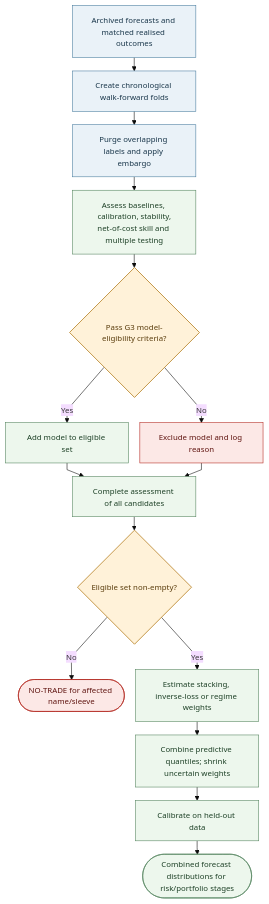
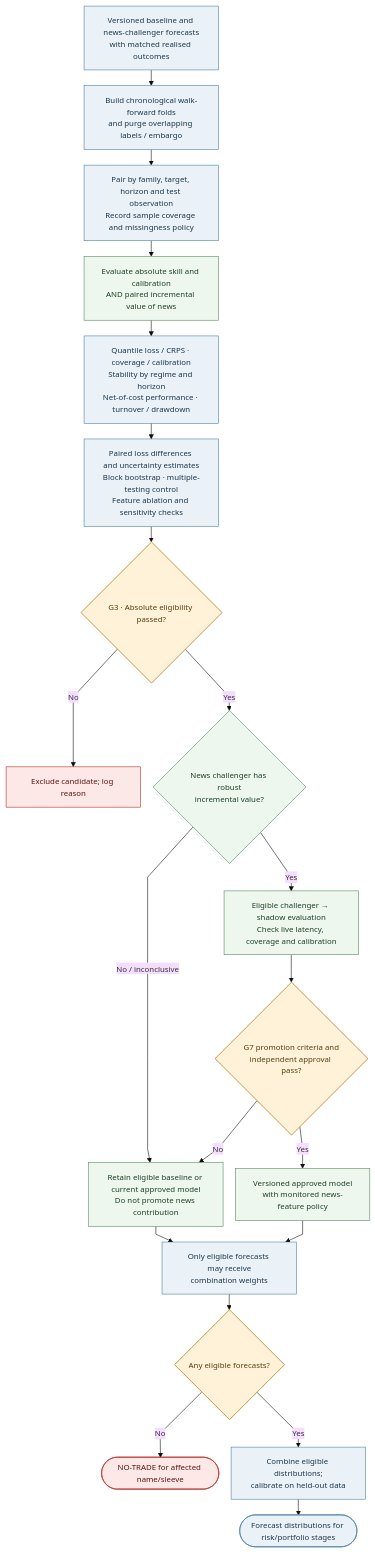
Diagram 12 of 17 in docs/AQP OVERVIEW.md (dannysilverio6-creator/AQP---LSEG), drawn with Mermaid before and after one commit. The commit also changed other lines of this file, not shown here.

````diff
--- a/docs/AQP OVERVIEW.md
+++ b/docs/AQP OVERVIEW.md
@@ -584,26 +833,31 @@
 ```mermaid
-%%{init: {"theme": "base", "flowchart": {"nodeSpacing": 20, "rankSpacing": 24, "wrappingWidth": 160, "diagramPadding": 24, "curve": "linear"}, "themeVariables": {"fontSize": "14px"}}}%%
+%%{init: {"theme": "base", "flowchart": {"nodeSpacing": 22, "rankSpacing": 28, "wrappingWidth": 180, "diagramPadding": 18, "curve": "linear"}, "themeVariables": {"fontSize": "14px"}}}%%
 flowchart TB
-    A[Archived forecasts and matched realised outcomes] --> B[Create chronological walk-forward folds]
-    B --> C[Purge overlapping labels and apply embargo]
-    C --> D["Assess baselines, calibration, stability,<br/>net-of-cost skill and multiple testing"]
-    D --> E{Pass G3 model-eligibility criteria?}
-    E -->|No| X[Exclude model and log reason]
-    E -->|Yes| F[Add model to eligible set]
-    F --> G[Complete assessment of all candidates]
-    X --> G
-    G --> H{Eligible set non-empty?}
-    H -->|No| N([NO-TRADE for affected name/sleeve])
-    H -->|Yes| I[Estimate stacking, inverse-loss or regime weights]
-    I --> J[Combine predictive quantiles; shrink uncertain weights]
-    J --> K[Calibrate on held-out data]
-    K --> L([Combined forecast distributions for risk/portfolio stages])
+    A["Versioned baseline and news-challenger forecasts<br/>with matched realised outcomes"] --> B["Build chronological walk-forward folds<br/>and purge overlapping labels / embargo"]
+    B --> C["Pair by family, target, horizon and test observation<br/>Record sample coverage and missingness policy"]
+    C --> D["Evaluate absolute skill and calibration<br/>AND paired incremental value of news"]
+    D --> E["Quantile loss / CRPS · coverage / calibration<br/>Stability by regime and horizon<br/>Net-of-cost performance · turnover / drawdown"]
+    E --> F["Paired loss differences and uncertainty estimates<br/>Block bootstrap · multiple-testing control<br/>Feature ablation and sensitivity checks"]
+    F --> G{G3 · Absolute eligibility passed?}
+    G -->|No| X["Exclude candidate; log reason"]
+    G -->|Yes| H{News challenger has robust<br/>incremental value?}
+    H -->|No / inconclusive| I["Retain eligible baseline or current approved model<br/>Do not promote news contribution"]
+    H -->|Yes| J["Eligible challenger → shadow evaluation<br/>Check live latency, coverage and calibration"]
+    J --> K{G7 promotion criteria and<br/>independent approval pass?}
+    K -->|No| I
+    K -->|Yes| L["Versioned approved model<br/>with monitored news-feature policy"]
+    I --> M["Only eligible forecasts may receive<br/>combination weights"]
+    L --> M
+    M --> N{Any eligible forecasts?}
+    N -->|No| O([NO-TRADE for affected name/sleeve])
+    N -->|Yes| P["Combine eligible distributions;<br/>calibrate on held-out data"]
+    P --> Q([Forecast distributions for risk/portfolio stages])
     classDef data fill:#eaf2f8,stroke:#477b9e,color:#19364a;
     classDef model fill:#edf7ed,stroke:#54845e,color:#1d4026;
     classDef gate fill:#fff2d9,stroke:#b9862b,color:#593c0c,stroke-width:1.5px;
     classDef stop fill:#fce8e6,stroke:#b3261e,color:#5f1410;
-    class A,B,C data;
-    class D,F,G,I,J,K,L model;
-    class E,H gate;
-    class X,N stop;
+    class A,B,C,E,F,M,P,Q data;
+    class D,H,I,J,L model;
+    class G,K,N gate;
+    class X,O stop;
 ```
````
